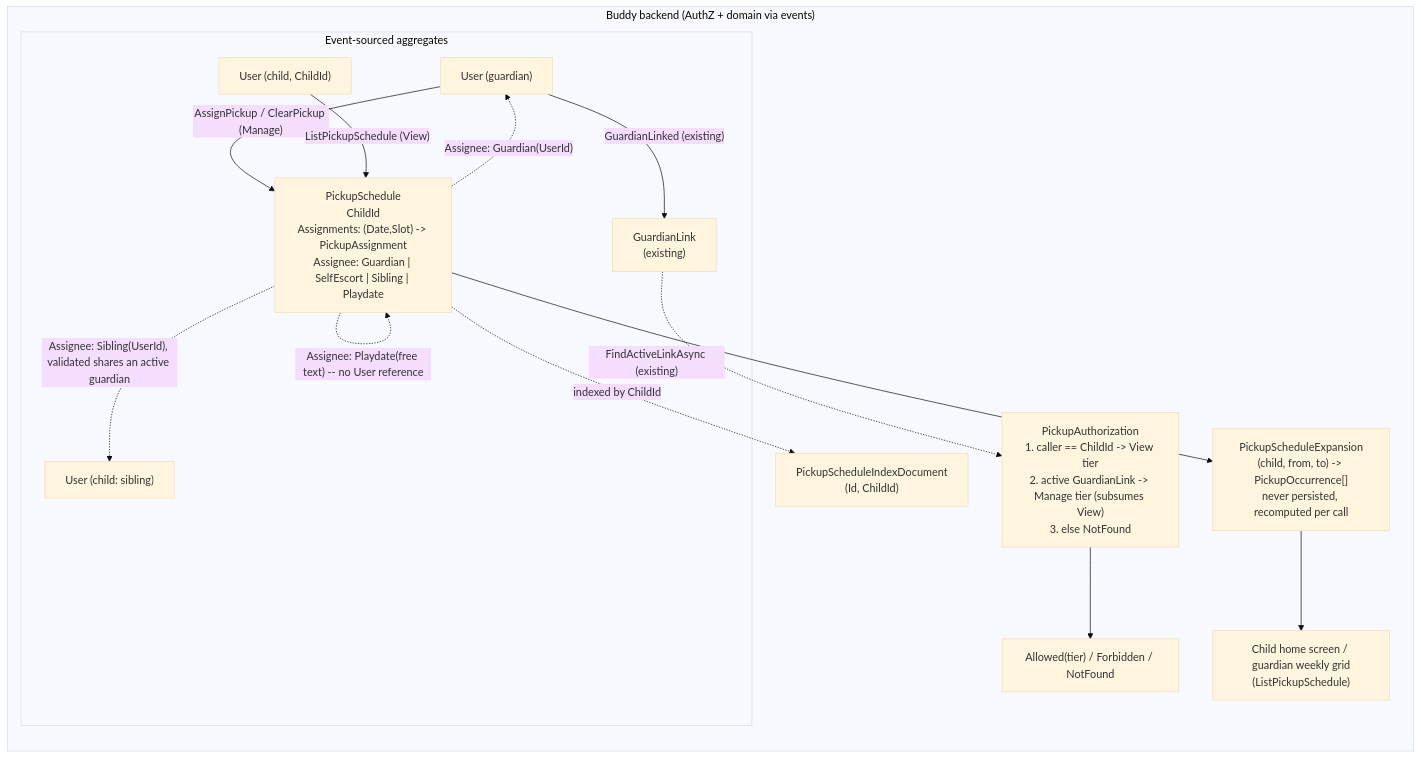
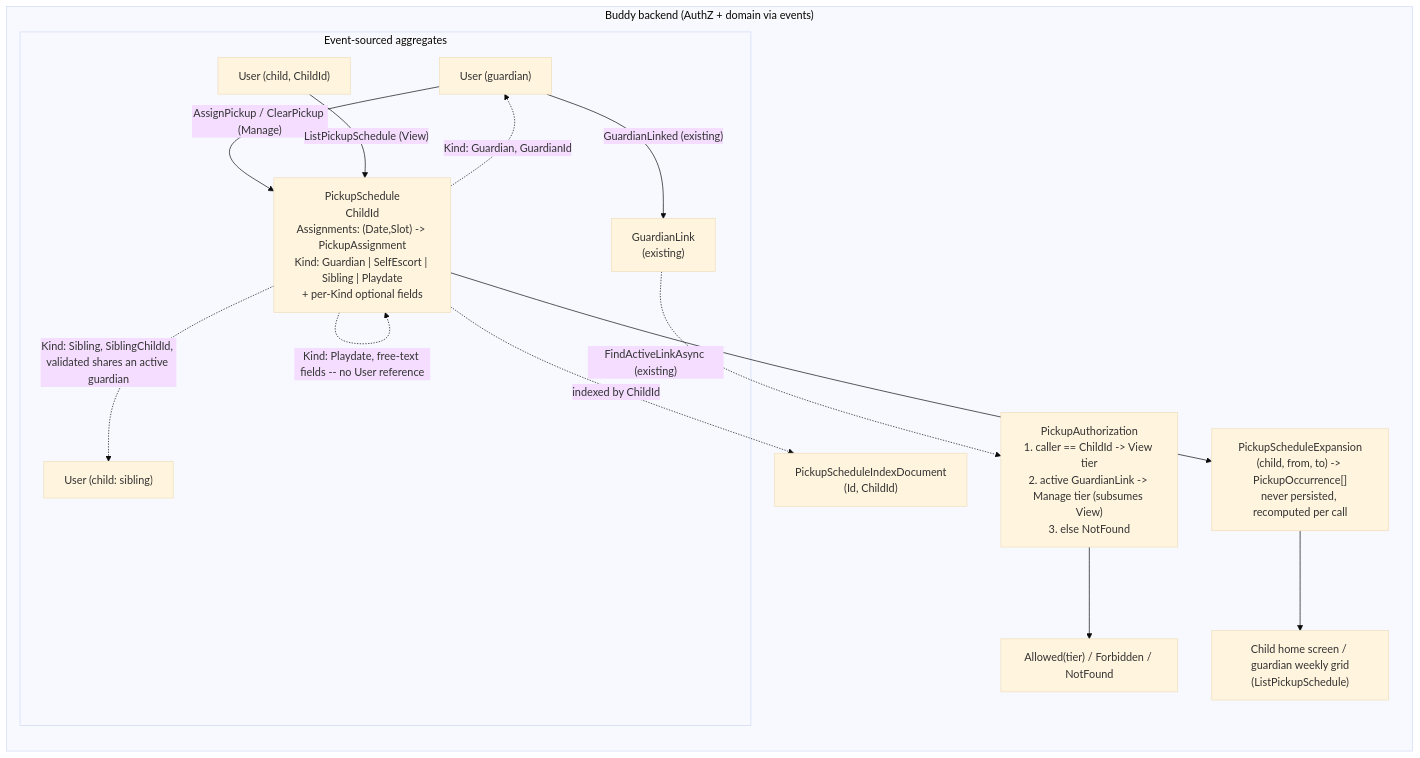
One commit to kimipsen/buddy changed the diagram in docs/backend/analysis/pickup-schedules.md. Above: the diagram before and after it, drawn with Mermaid (base theme). The commit also changed other lines of this file and 65 other files, not shown here.

````diff
--- a/docs/backend/analysis/pickup-schedules.md
+++ b/docs/backend/analysis/pickup-schedules.md
@@ -381,35 +416,35 @@
 ```mermaid
 flowchart TB
     subgraph App["Buddy backend (AuthZ + domain via events)"]
         direction TB
 
         subgraph Aggregates["Event-sourced aggregates"]
             Guardian["User (guardian)"]
             Child["User (child, ChildId)"]
             Sibling["User (child: sibling)"]
             Link["GuardianLink\n(existing)"]
-            Schedule["PickupSchedule\nChildId\nAssignments: (Date,Slot) -> PickupAssignment\nAssignee: Guardian | SelfEscort | Sibling | Playdate"]
+            Schedule["PickupSchedule\nChildId\nAssignments: (Date,Slot) -> PickupAssignment\nKind: Guardian | SelfEscort | Sibling | Playdate\n+ per-Kind optional fields"]
         end
 
         Resolver["PickupAuthorization\n1. caller == ChildId -> View tier\n2. active GuardianLink -> Manage tier (subsumes View)\n3. else NotFound"]
 
         Index["PickupScheduleIndexDocument\n(Id, ChildId)"]
 
         Expansion["PickupScheduleExpansion\n(child, from, to) -> PickupOccurrence[]\nnever persisted, recomputed per call"]
 
         Guardian -- "GuardianLinked (existing)" --> Link
         Guardian -- "AssignPickup / ClearPickup (Manage)" --> Schedule
         Child -- "ListPickupSchedule (View)" --> Schedule
 
-        Schedule -. "Assignee: Guardian(UserId)" .-> Guardian
-        Schedule -. "Assignee: Sibling(UserId), validated shares an active guardian" .-> Sibling
-        Schedule -. "Assignee: Playdate(free text) -- no User reference" .-> Schedule
+        Schedule -. "Kind: Guardian, GuardianId" .-> Guardian
+        Schedule -. "Kind: Sibling, SiblingChildId, validated shares an active guardian" .-> Sibling
+        Schedule -. "Kind: Playdate, free-text fields -- no User reference" .-> Schedule
 
         Schedule -. "indexed by ChildId" .-> Index
         Schedule --> Expansion
         Link -. "FindActiveLinkAsync (existing)" .-> Resolver
         Resolver --> Outcome["Allowed(tier) / Forbidden / NotFound"]
 
         Expansion --> ChildHome["Child home screen / guardian weekly grid\n(ListPickupSchedule)"]
     end
 ```
````
